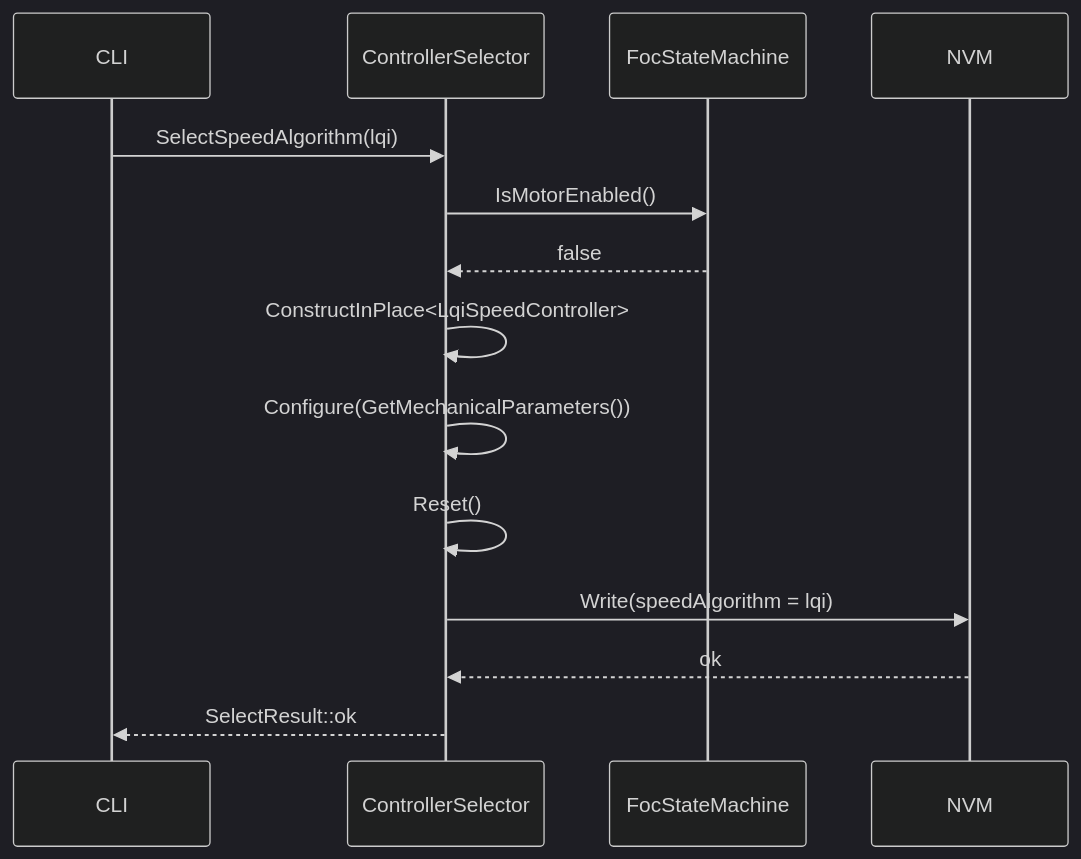
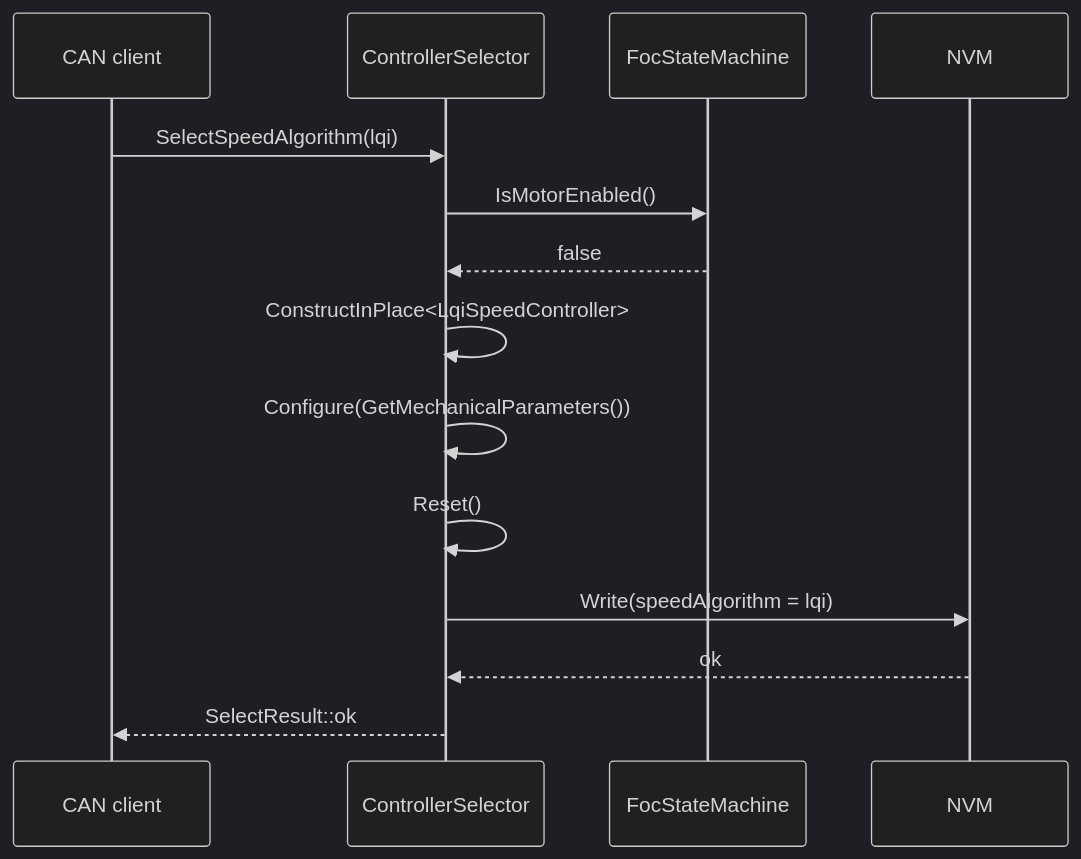
One commit to embedded-pro/e-foc changed the sixth of 9 diagrams in documentation/design/controller-selection.md. Above: the diagram before and after it, drawn with Mermaid (dark theme). The commit also changed other lines of this file and 54 other files, not shown here.

````diff
--- a/documentation/design/controller-selection.md
+++ b/documentation/design/controller-selection.md
@@ -594,17 +580,17 @@
 ```mermaid
 sequenceDiagram
-    participant CLI
+    participant Client as CAN client
     participant Selector as ControllerSelector
     participant StateMachine as FocStateMachine
     participant NVM
 
-    CLI->>Selector: SelectSpeedAlgorithm(lqi)
+    Client->>Selector: SelectSpeedAlgorithm(lqi)
     Selector->>StateMachine: IsMotorEnabled()
     StateMachine-->>Selector: false
     Selector->>Selector: ConstructInPlace<LqiSpeedController>
     Selector->>Selector: Configure(GetMechanicalParameters())
     Selector->>Selector: Reset()
     Selector->>NVM: Write(speedAlgorithm = lqi)
     NVM-->>Selector: ok
-    Selector-->>CLI: SelectResult::ok
+    Selector-->>Client: SelectResult::ok
 ```
````
